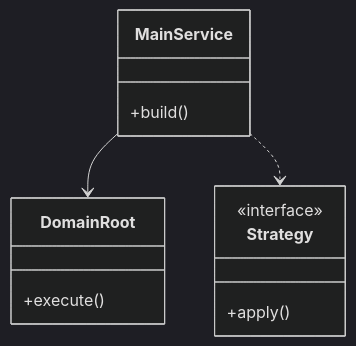
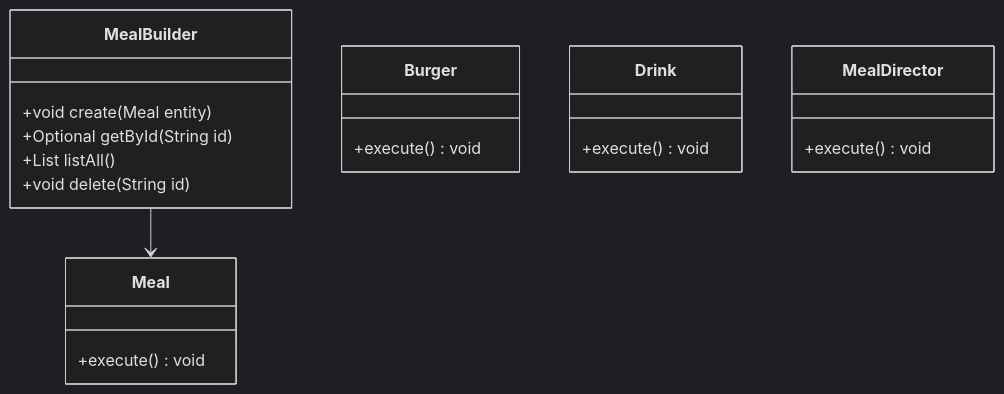
The first of 3 diagrams in Learn/System Design - Low Level Design/03-design-patterns/questions/Q04-builder-meal.md (madhupaila/Interview-Prep-SSE), drawn with Mermaid (dark theme) before and after one commit. The commit also changed other lines of this file and 491 other files, not shown here.

````diff
--- a/Learn/System Design - Low Level Design/03-design-patterns/questions/Q04-builder-meal.md
+++ b/Learn/System Design - Low Level Design/03-design-patterns/questions/Q04-builder-meal.md
@@ -75,15 +92,22 @@
 ```mermaid
 classDiagram
-    class MainService {
-        +build()
+    class MealBuilder {
+        +void create(Meal entity)
+        +Optional<Meal> getById(String id)
+        +List<Meal> listAll()
+        +void delete(String id)
     }
-    class DomainRoot {
-        +execute()
+    class Meal {
+        +execute() void
     }
-    class Strategy {
-        <<interface>>
-        +apply()
+    class Burger {
+        +execute() void
     }
-    MainService --> DomainRoot
-    MainService ..> Strategy
+    class Drink {
+        +execute() void
+    }
+    class MealDirector {
+        +execute() void
+    }
+    MealBuilder --> Meal
 ```
````
